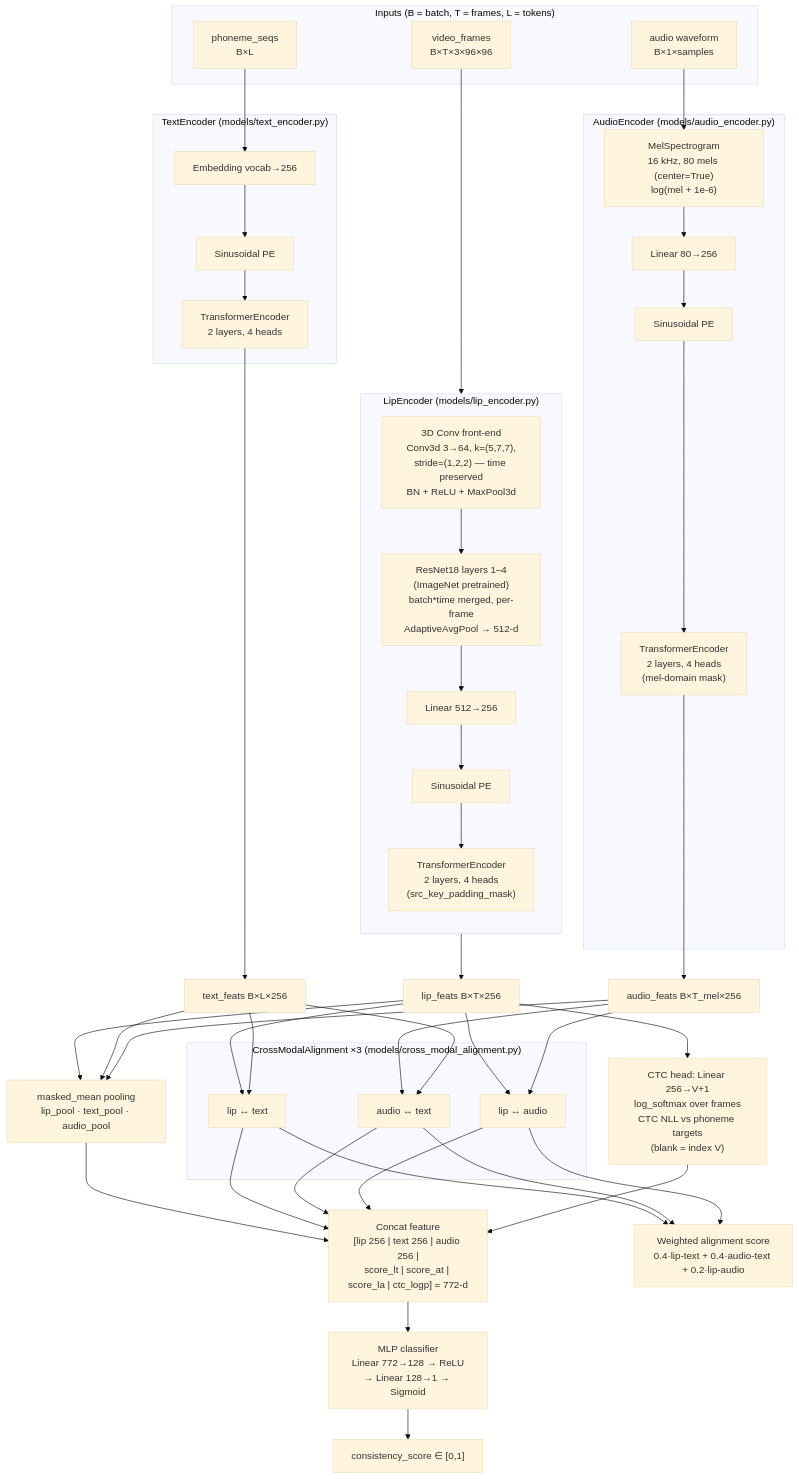
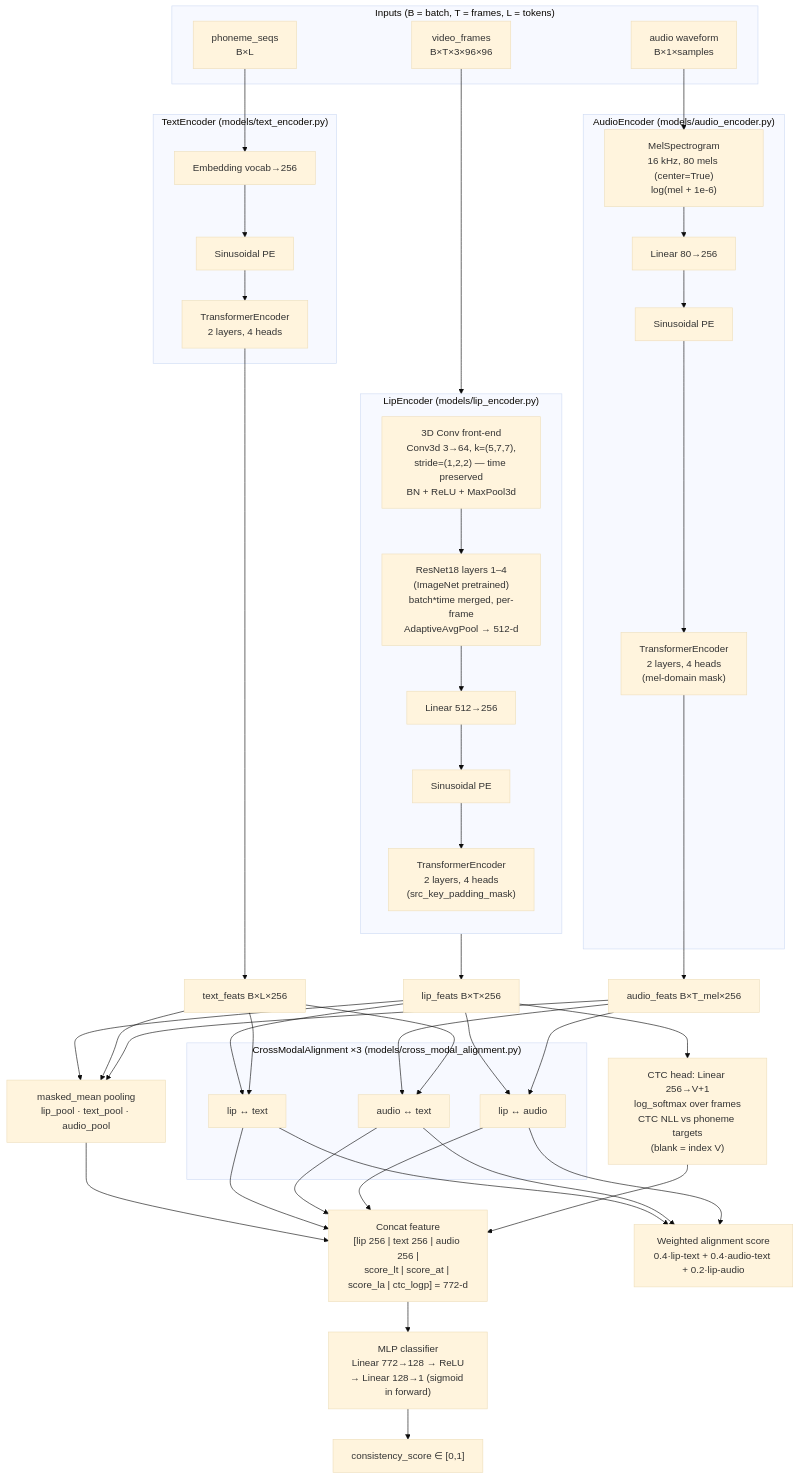
One commit to turinaf/liptev changed the fifth of 6 diagrams in architecture.md. Above: the diagram before and after it, drawn with Mermaid (base theme). The commit also changed other lines of this file and 3 other files, not shown here.

````diff
--- a/architecture.md
+++ b/architecture.md
@@ -194,72 +194,72 @@
 ```mermaid
 flowchart TB
     subgraph INPUTS["Inputs (B = batch, T = frames, L = tokens)"]
         VID["video_frames<br/>B×T×3×96×96"]
         PHO["phoneme_seqs<br/>B×L"]
         WAV["audio waveform<br/>B×1×samples"]
     end
 
     subgraph LIPENC["LipEncoder (models/lip_encoder.py)"]
         direction TB
         C3D["3D Conv front-end<br/>Conv3d 3→64, k=(5,7,7),<br/>stride=(1,2,2) — time preserved<br/>BN + ReLU + MaxPool3d"]
         R18["ResNet18 layers 1–4<br/>(ImageNet pretrained)<br/>batch*time merged, per-frame<br/>AdaptiveAvgPool → 512-d"]
         FC["Linear 512→256"]
         PEL["Sinusoidal PE"]
         TRM_L["TransformerEncoder<br/>2 layers, 4 heads<br/>(src_key_padding_mask)"]
         C3D --> R18 --> FC --> PEL --> TRM_L
     end
 
     subgraph TXTENC["TextEncoder (models/text_encoder.py)"]
         EMB["Embedding vocab→256"]
         PET["Sinusoidal PE"]
         TRM_T["TransformerEncoder<br/>2 layers, 4 heads"]
         EMB --> PET --> TRM_T
     end
 
     subgraph AUDENC["AudioEncoder (models/audio_encoder.py)"]
         MEL["MelSpectrogram<br/>16 kHz, 80 mels (center=True)<br/>log(mel + 1e-6)"]
         PROJ["Linear 80→256"]
         PEA["Sinusoidal PE"]
         TRM_A["TransformerEncoder<br/>2 layers, 4 heads<br/>(mel-domain mask)"]
         MEL --> PROJ --> PEA --> TRM_A
     end
 
     VID --> C3D
     PHO --> EMB
     WAV --> MEL
 
     LF["lip_feats B×T×256"]
     TF["text_feats B×L×256"]
     AF["audio_feats B×T_mel×256"]
     TRM_L --> LF
     TRM_T --> TF
     TRM_A --> AF
 
     subgraph ALIGN["CrossModalAlignment ×3 (models/cross_modal_alignment.py)"]
         LT["lip ↔ text"]
         AT2["audio ↔ text"]
         LA["lip ↔ audio"]
     end
     LF & TF --> LT
     AF & TF --> AT2
     LF & AF --> LA
 
     CTCH["CTC head: Linear 256→V+1<br/>log_softmax over frames<br/>CTC NLL vs phoneme targets<br/>(blank = index V)"]
     LF --> CTCH
 
     POOL["masked_mean pooling<br/>lip_pool · text_pool · audio_pool"]
     LF & TF & AF --> POOL
 
     COMB["Concat feature<br/>[lip 256 | text 256 | audio 256 |<br/>score_lt | score_at | score_la | ctc_logp] = 772-d"]
     POOL --> COMB
     LT & AT2 & LA --> COMB
     CTCH --> COMB
 
-    CLS["MLP classifier<br/>Linear 772→128 → ReLU<br/>→ Linear 128→1 → Sigmoid"]
+    CLS["MLP classifier<br/>Linear 772→128 → ReLU<br/>→ Linear 128→1 (sigmoid in forward)"]
     COMB --> CLS
     SCORE["consistency_score ∈ [0,1]"]
     CLS --> SCORE
 
     WSUM["Weighted alignment score<br/>0.4·lip-text + 0.4·audio-text + 0.2·lip-audio"]
     LT & AT2 & LA --> WSUM
 ```
````
